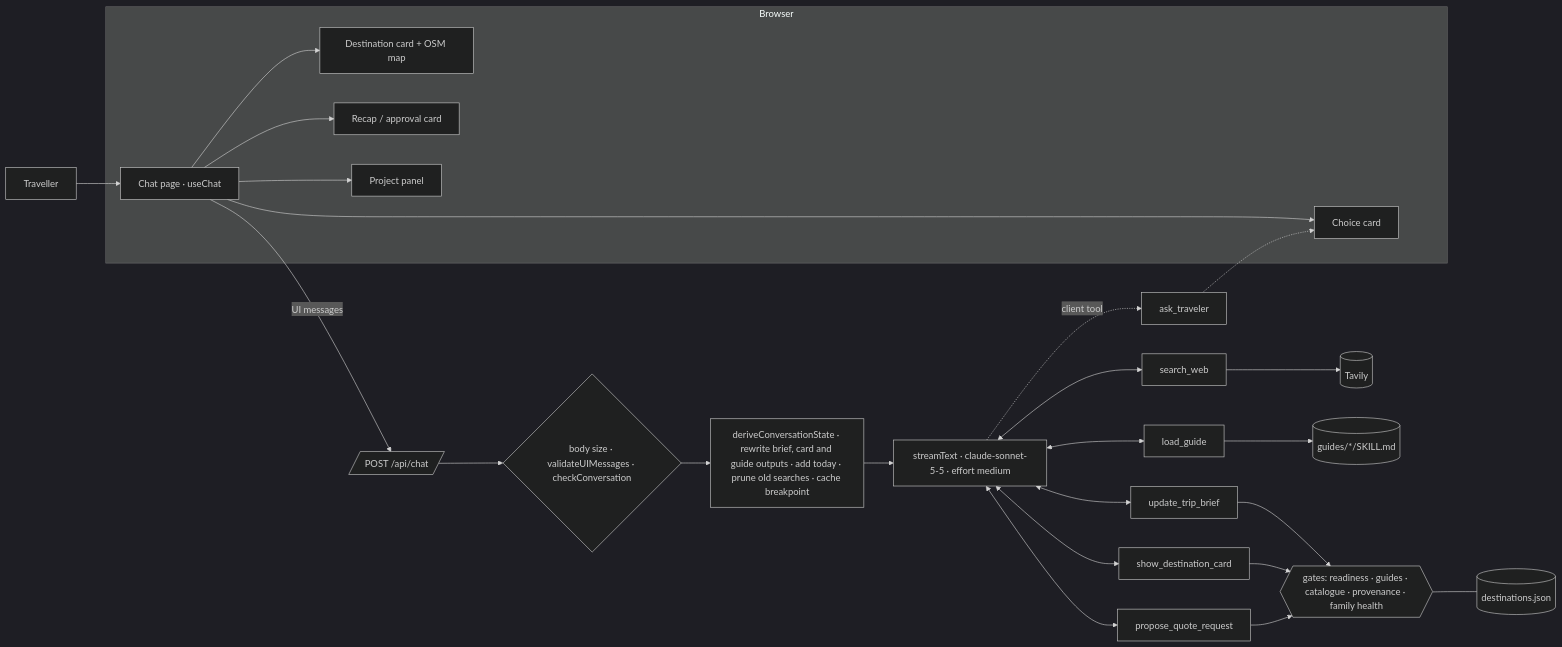
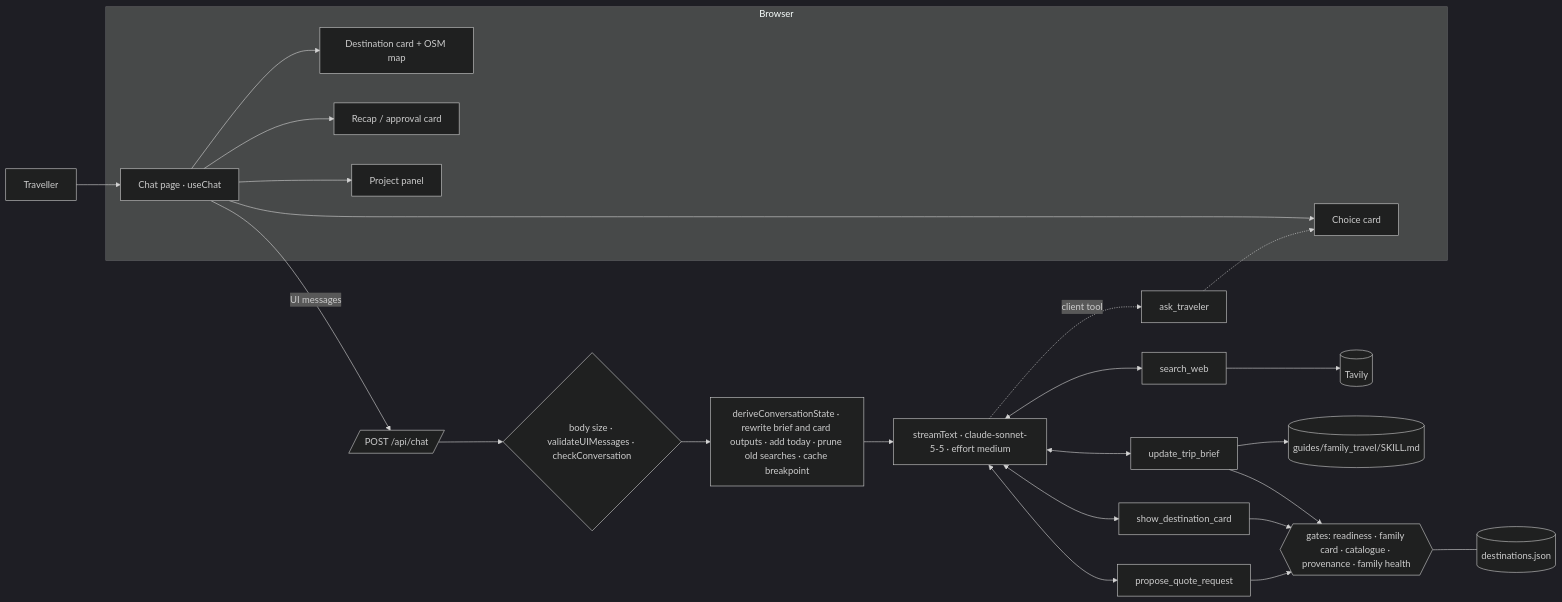
Before and after one commit to VictorNain26/trip-brief-agent: the first of 3 diagrams in docs/architecture.md, drawn with Mermaid (dark theme). The commit also changed other lines of this file and 20 other files, not shown here.

First line of the commit message:
refactor(agent): drive guidance from the brief's state and the card contract (#5)

````diff
--- a/docs/architecture.md
+++ b/docs/architecture.md
@@ -48,23 +49,22 @@
 ```mermaid
 flowchart LR
   U[Traveller] --> UI
   subgraph Browser
     UI[Chat page · useChat]
     UI --> Q[Choice card]
     UI --> C[Destination card + OSM map]
     UI --> R[Recap / approval card]
     UI --> P[Project panel]
   end
   UI -- UI messages --> API[/POST /api/chat/]
   API --> V{body size · validateUIMessages · checkConversation}
-  V --> F[deriveConversationState · rewrite brief, card and guide outputs · add today · prune old searches · cache breakpoint]
+  V --> F[deriveConversationState · rewrite brief and card outputs · add today · prune old searches · cache breakpoint]
   F --> ST[streamText · claude-sonnet-5-5 · effort medium]
   ST <--> T1[search_web] --> TV[(Tavily)]
-  ST <--> T2[load_guide] --> FS[(guides/*/SKILL.md)]
-  ST <--> T3[update_trip_brief]
+  ST <--> T3[update_trip_brief] --> FS[(guides/family_travel/SKILL.md)]
   ST <--> T4[show_destination_card]
   ST <--> T5[propose_quote_request]
-  T3 & T4 & T5 --> GATE{{gates: readiness · guides · catalogue · provenance · family health}}
+  T3 & T4 & T5 --> GATE{{gates: readiness · family card · catalogue · provenance · family health}}
   GATE --- CAT[(destinations.json)]
   ST -. client tool .-> T6[ask_traveler] -.-> Q
 ```
````
